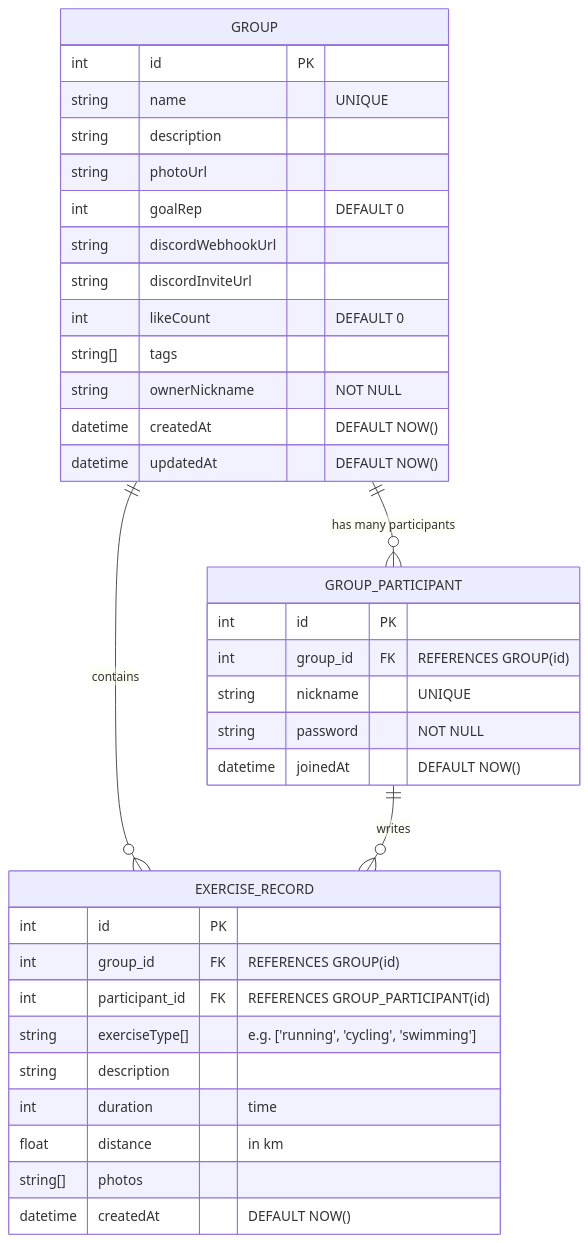
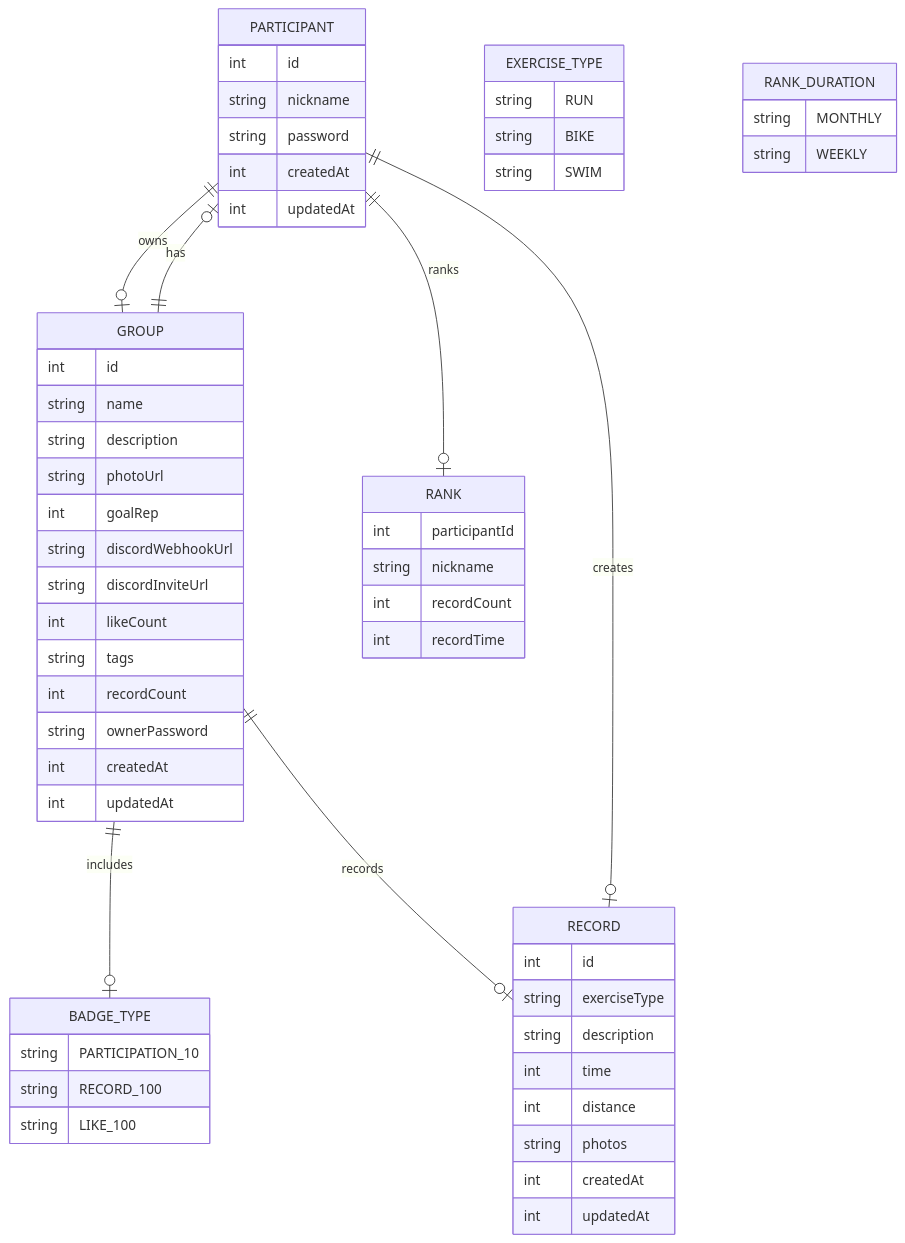
Before and after one commit to funfungun/mermaid: the diagram in README.md, drawn with Mermaid.

````diff
--- a/README.md
+++ b/README.md
@@ -1,42 +1,62 @@
 ```mermaid
 erDiagram
+    PARTICIPANT {
+        int id
+        string nickname
+        string password
+        int createdAt
+        int updatedAt
+    }
     GROUP {
-        int id PK
-        string name "UNIQUE"
+        int id
+        string name
         string description
         string photoUrl
-        int goalRep "DEFAULT 0"
+        int goalRep
         string discordWebhookUrl
         string discordInviteUrl
-        int likeCount "DEFAULT 0"
-        string[] tags
-        string ownerNickname "NOT NULL"
-        datetime createdAt "DEFAULT NOW()"
-        datetime updatedAt "DEFAULT NOW()"
+        int likeCount
+        string tags
+        int recordCount
+        string ownerPassword
+        int createdAt
+        int updatedAt
+    }
+    RECORD {
+        int id
+        string exerciseType
+        string description
+        int time
+        int distance
+        string photos
+        int createdAt
+        int updatedAt
+    }
+    RANK {
+        int participantId
+        string nickname
+        int recordCount
+        int recordTime
+    }
+    BADGE_TYPE {
+        string PARTICIPATION_10
+        string RECORD_100
+        string LIKE_100
+    }
+    EXERCISE_TYPE {
+        string RUN
+        string BIKE
+        string SWIM
+    }
+    RANK_DURATION {
+        string MONTHLY
+        string WEEKLY
     }
 
-    GROUP_PARTICIPANT {
-        int id PK
-        int group_id FK "REFERENCES GROUP(id)"
-        string nickname "UNIQUE"
-        string password "NOT NULL"
-        datetime joinedAt "DEFAULT NOW()"
-    }
-
-    GROUP ||--o{ GROUP_PARTICIPANT : "has many participants"
-
-    EXERCISE_RECORD {
-        int id PK
-        int group_id FK "REFERENCES GROUP(id)"
-        int participant_id FK "REFERENCES GROUP_PARTICIPANT(id)"
-        string exerciseType[] "e.g. ['running', 'cycling', 'swimming']"
-        string description
-        int duration "time"
-        float distance "in km"
-        string[] photos
-        datetime createdAt "DEFAULT NOW()"
-    }
-
-    GROUP ||--o{ EXERCISE_RECORD : "contains"
-    GROUP_PARTICIPANT ||--o{ EXERCISE_RECORD : "writes"
+    PARTICIPANT ||--o| GROUP : owns
+    GROUP ||--o| PARTICIPANT : has
+    GROUP ||--o| BADGE_TYPE : includes
+    GROUP ||--o| RECORD : records
+    PARTICIPANT ||--o| RECORD : creates
+    PARTICIPANT ||--o| RANK : ranks
 ```
````
